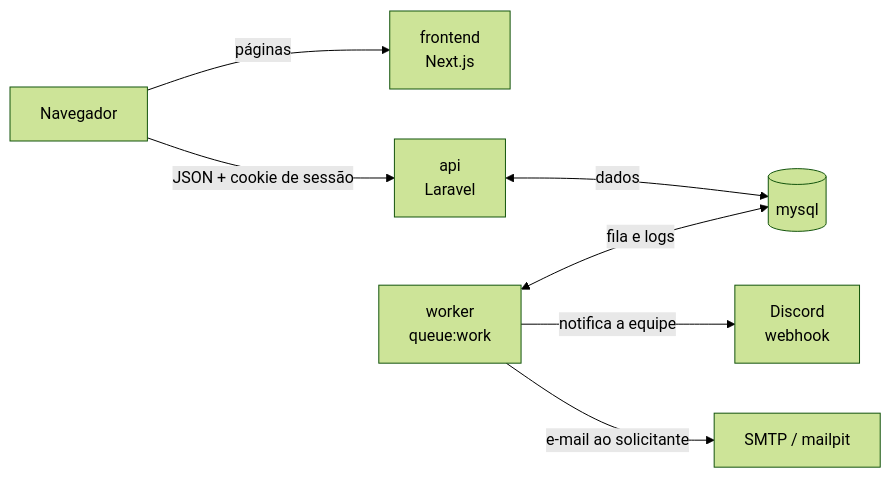
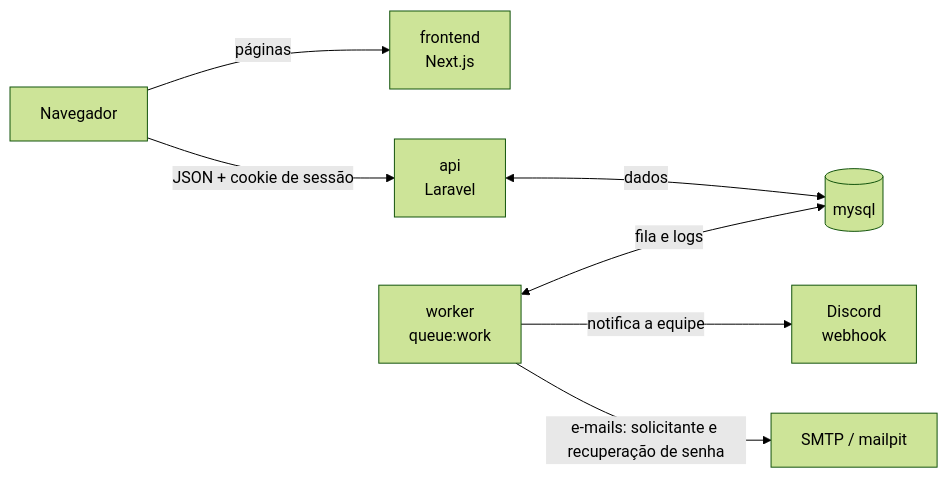
The diagram in docs/architecture/containers.md (carloseduardorocha/internal-requests-manager), drawn with Mermaid (forest theme) before and after one commit. The commit also changed 5 other files, not shown here.

````diff
--- a/docs/architecture/containers.md
+++ b/docs/architecture/containers.md
@@ -7,17 +7,17 @@
 ```mermaid
 flowchart LR
     B[Navegador]
     F[frontend<br/>Next.js]
     A[api<br/>Laravel]
     D[(mysql)]
     W[worker<br/>queue:work]
     DC[Discord<br/>webhook]
     M[SMTP / mailpit]
 
     B -->|páginas| F
     B -->|JSON + cookie de sessão| A
     A <-->|dados| D
     W <-->|fila e logs| D
     W -->|notifica a equipe| DC
-    W -->|e-mail ao solicitante| M
+    W -->|e-mails: solicitante e recuperação de senha| M
 ```
````
